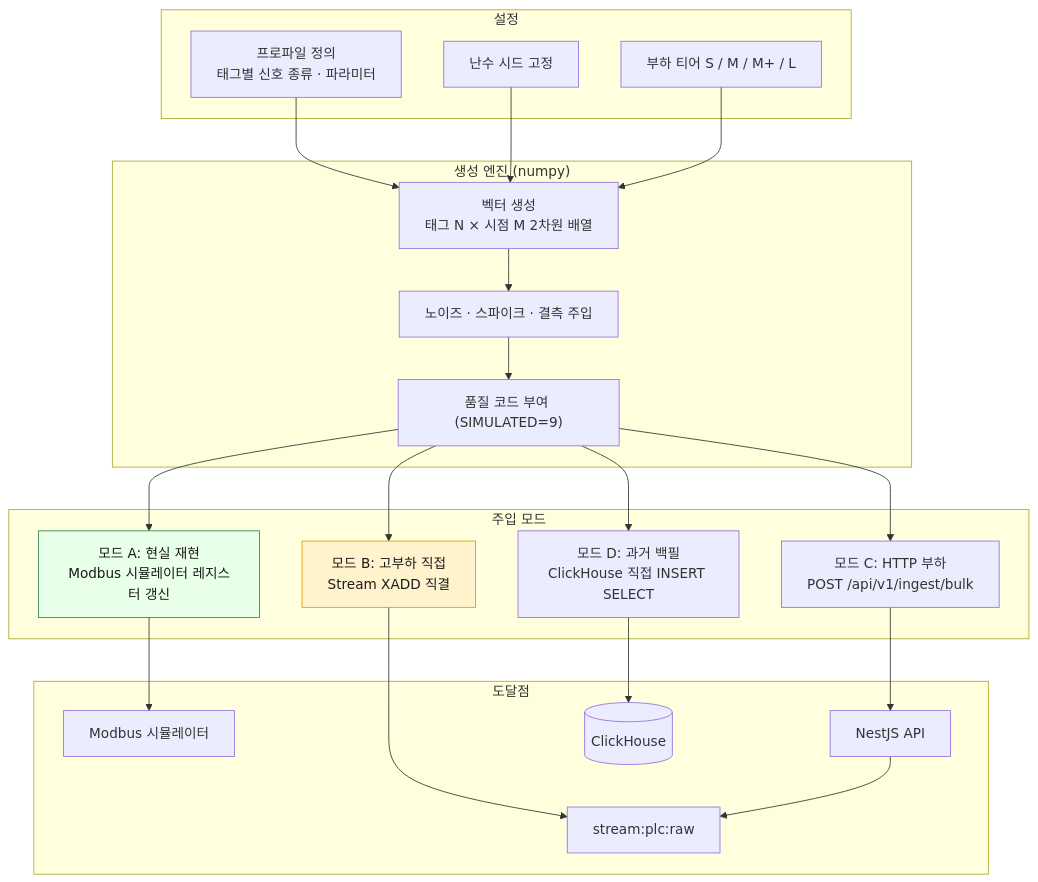
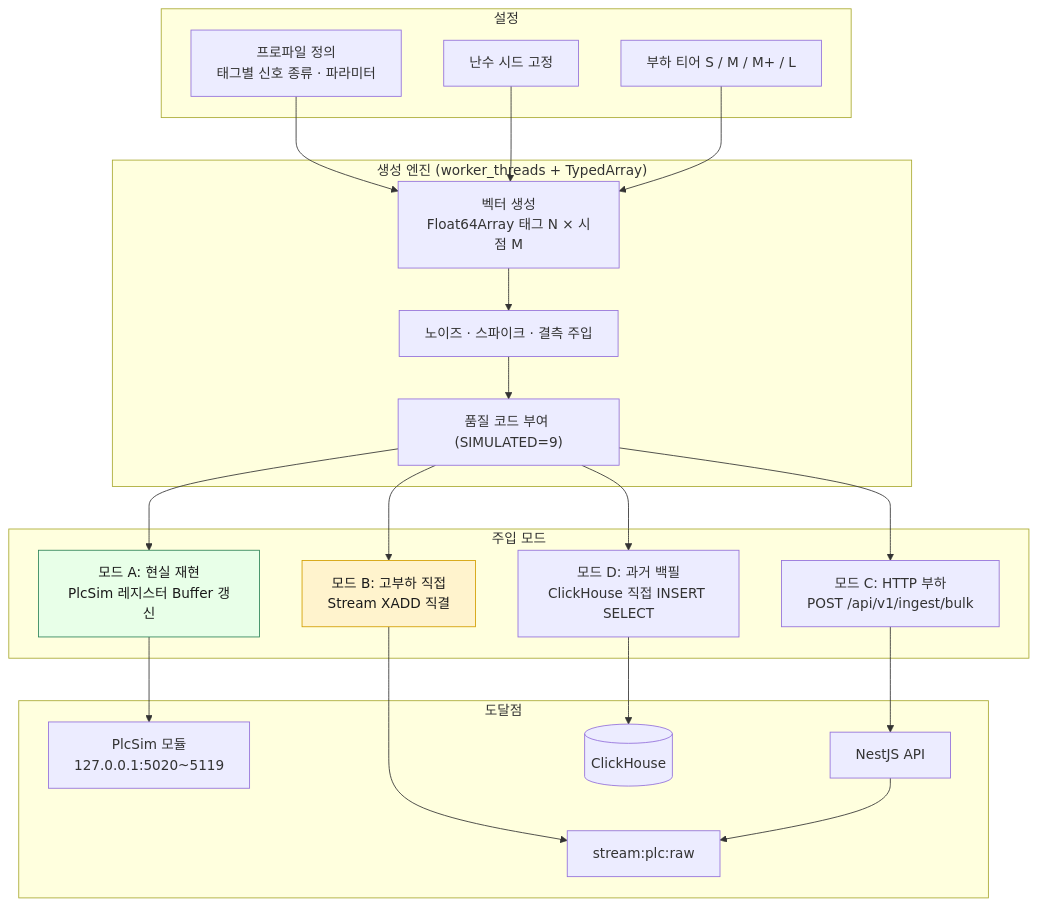
Diagram 14 of 19 in data_flow.md (jaepil02/db_study), drawn with Mermaid before and after one commit. The commit also changed other lines of this file and 3 other files, not shown here.

````diff
--- a/data_flow.md
+++ b/data_flow.md
@@ -698,40 +734,40 @@
 ```mermaid
 flowchart TB
     subgraph CFG["설정"]
         PROF["프로파일 정의<br/>태그별 신호 종류 · 파라미터"]
         SEED["난수 시드 고정"]
         TIER["부하 티어 S / M / M+ / L"]
     end
 
-    subgraph ENGINE["생성 엔진 (numpy)"]
-        VEC["벡터 생성<br/>태그 N × 시점 M 2차원 배열"]
+    subgraph ENGINE["생성 엔진 (worker_threads + TypedArray)"]
+        VEC["벡터 생성<br/>Float64Array 태그 N × 시점 M"]
         NOISE["노이즈 · 스파이크 · 결측 주입"]
         QUAL["품질 코드 부여 (SIMULATED=9)"]
     end
 
     subgraph MODE["주입 모드"]
-        M1["모드 A: 현실 재현<br/>Modbus 시뮬레이터 레지스터 갱신"]
+        M1["모드 A: 현실 재현<br/>PlcSim 레지스터 Buffer 갱신"]
         M2["모드 B: 고부하 직접<br/>Stream XADD 직결"]
         M3["모드 C: HTTP 부하<br/>POST /api/v1/ingest/bulk"]
         M4["모드 D: 과거 백필<br/>ClickHouse 직접 INSERT SELECT"]
     end
 
     subgraph TARGET["도달점"]
-        SIM["Modbus 시뮬레이터"]
+        SIM["PlcSim 모듈<br/>127.0.0.1:5020~5119"]
         SR["stream:plc:raw"]
         API["NestJS API"]
         CH[("ClickHouse")]
     end
 
     PROF --> VEC
     SEED --> VEC
     TIER --> VEC
     VEC --> NOISE --> QUAL
     QUAL --> M1 --> SIM
     QUAL --> M2 --> SR
     QUAL --> M3 --> API --> SR
     QUAL --> M4 --> CH
 
     style M1 fill:#e8ffe8,stroke:#2f855a,color:#1a1a1a
     style M2 fill:#fff3cd,stroke:#d39e00,color:#1a1a1a
 ```
````
